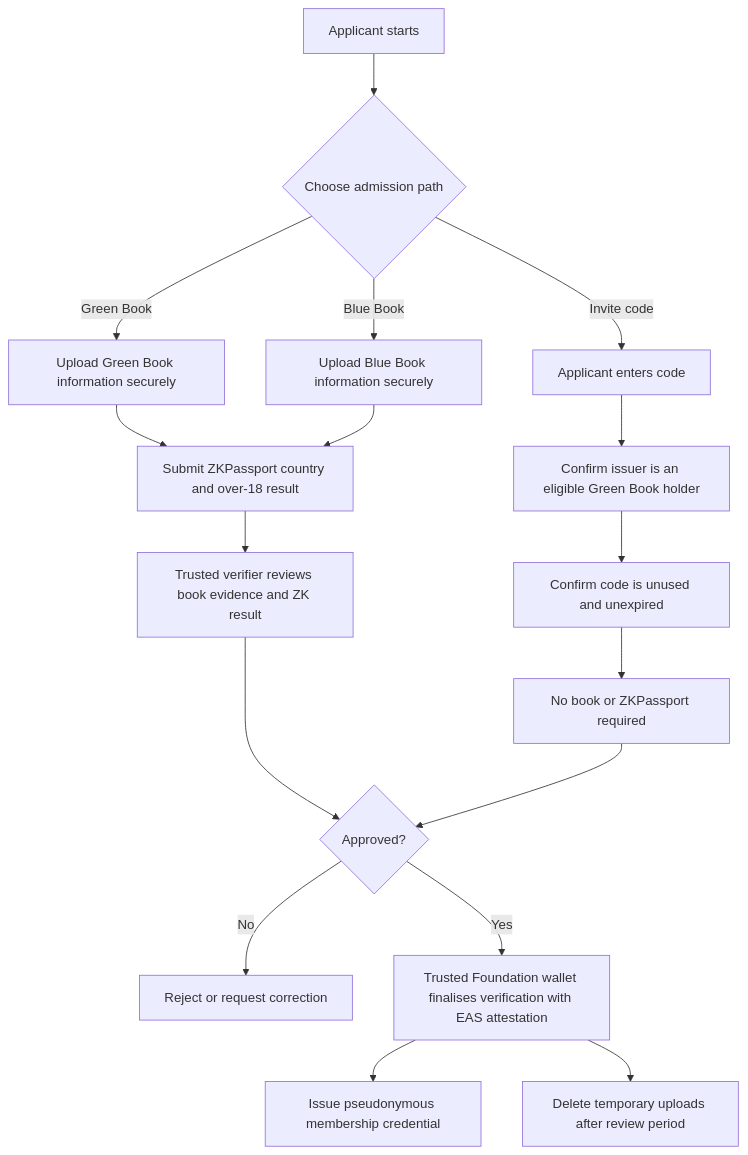
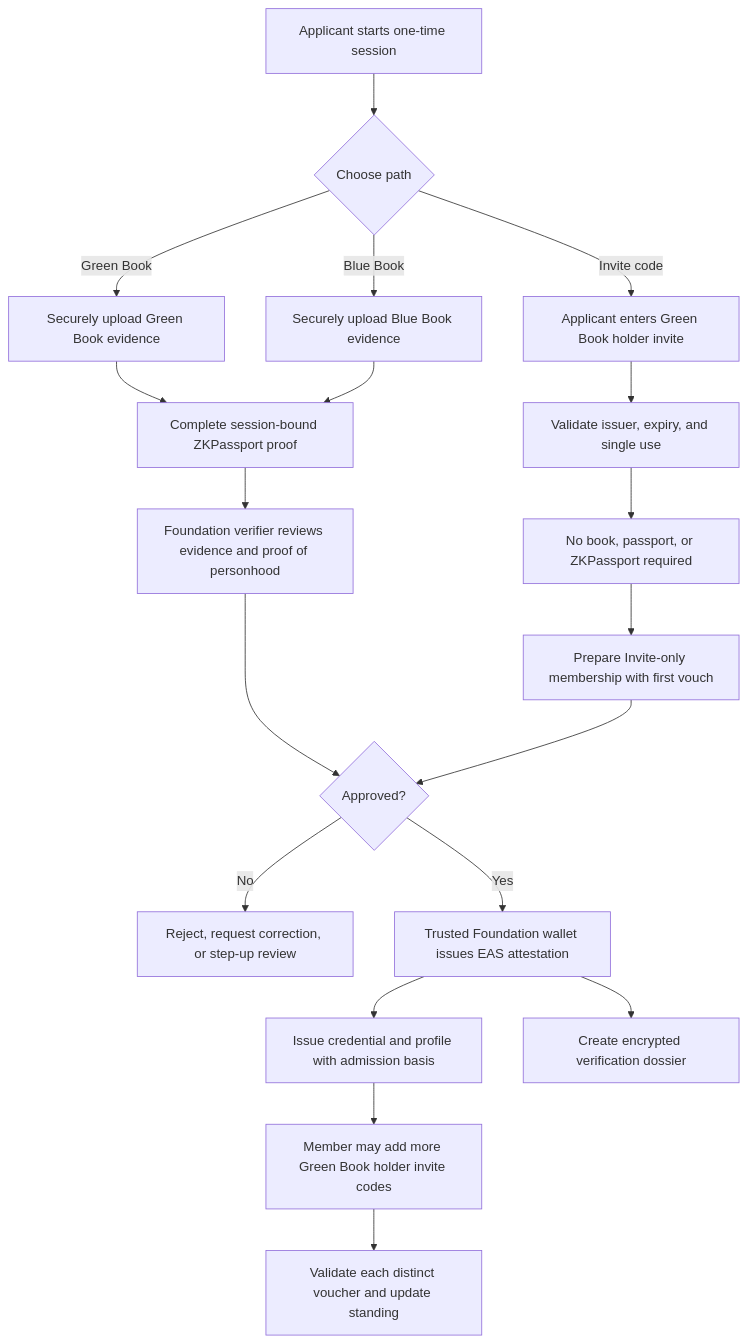
The second of 6 diagrams in README.md (AlexJupiter/tibetan-id), drawn with Mermaid before and after one commit. The commit also changed other lines of this file, not shown here.

Commit message:
Add wallet-only access and auditable verification

````diff
--- a/README.md
+++ b/README.md
@@ -79,22 +100,25 @@
 ```mermaid
 flowchart TD
-    A[Applicant starts] --> B{Choose admission path}
+    A[Applicant starts one-time session] --> B{Choose path}
 
-    B -->|Green Book| C[Upload Green Book information securely]
-    B -->|Blue Book| D[Upload Blue Book information securely]
-    C --> E[Submit ZKPassport country and over-18 result]
+    B -->|Green Book| C[Securely upload Green Book evidence]
+    B -->|Blue Book| D[Securely upload Blue Book evidence]
+    C --> E[Complete session-bound ZKPassport proof]
     D --> E
-    E --> F[Trusted verifier reviews book evidence and ZK result]
+    E --> F[Foundation verifier reviews evidence and proof of personhood]
 
-    B -->|Invite code| G[Applicant enters code]
-    G --> H[Confirm issuer is an eligible Green Book holder]
-    H --> I[Confirm code is unused and unexpired]
-    I --> J[No book or ZKPassport required]
+    B -->|Invite code| G[Applicant enters Green Book holder invite]
+    G --> H[Validate issuer, expiry, and single use]
+    H --> I[No book, passport, or ZKPassport required]
+    I --> J[Prepare Invite-only membership with first vouch]
 
     F --> K{Approved?}
     J --> K
-    K -->|No| L[Reject or request correction]
-    K -->|Yes| M[Trusted Foundation wallet finalises verification with EAS attestation]
-    M --> N[Issue pseudonymous membership credential]
-    M --> O[Delete temporary uploads after review period]
+    K -->|No| L[Reject, request correction, or step-up review]
+    K -->|Yes| M[Trusted Foundation wallet issues EAS attestation]
+    M --> N[Issue credential and profile with admission basis]
+    M --> O[Create encrypted verification dossier]
+
+    N --> P[Member may add more Green Book holder invite codes]
+    P --> Q[Validate each distinct voucher and update standing]
 ```
````
